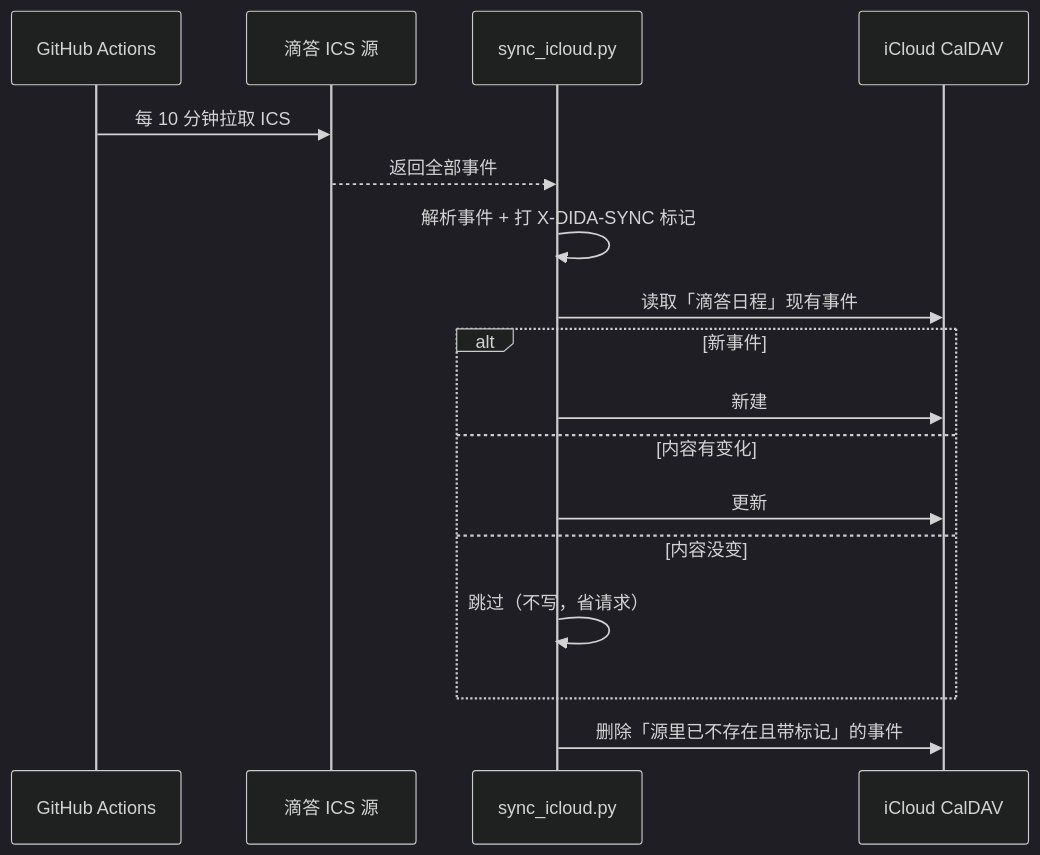
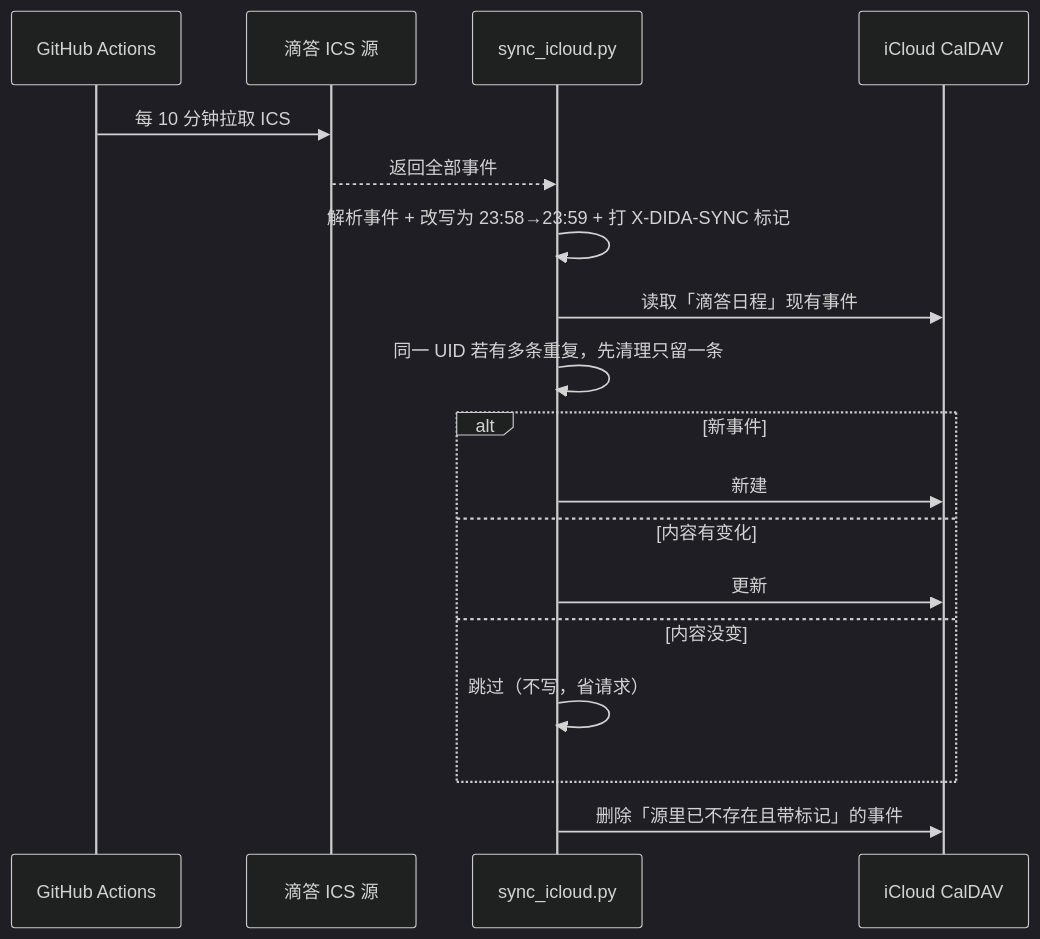
Before and after one commit to chenjiarui123/dida-ics-sync: the second of 2 diagrams in README.md, drawn with Mermaid (dark theme). The commit also changed other lines of this file and 2 other files, not shown here.

````diff
--- a/README.md
+++ b/README.md
@@ -24,20 +25,21 @@
 ```mermaid
 sequenceDiagram
     participant GH as GitHub Actions
     participant Dida as 滴答 ICS 源
     participant S as sync_icloud.py
     participant IC as iCloud CalDAV
 
     GH->>Dida: 每 10 分钟拉取 ICS
     Dida-->>S: 返回全部事件
-    S->>S: 解析事件 + 打 X-DIDA-SYNC 标记
+    S->>S: 解析事件 + 改写为 23:58→23:59 + 打 X-DIDA-SYNC 标记
     S->>IC: 读取「滴答日程」现有事件
+    S->>S: 同一 UID 若有多条重复，先清理只留一条
     alt 新事件
         S->>IC: 新建
     else 内容有变化
         S->>IC: 更新
     else 内容没变
         S->>S: 跳过（不写，省请求）
     end
     S->>IC: 删除「源里已不存在且带标记」的事件
 ```
````
